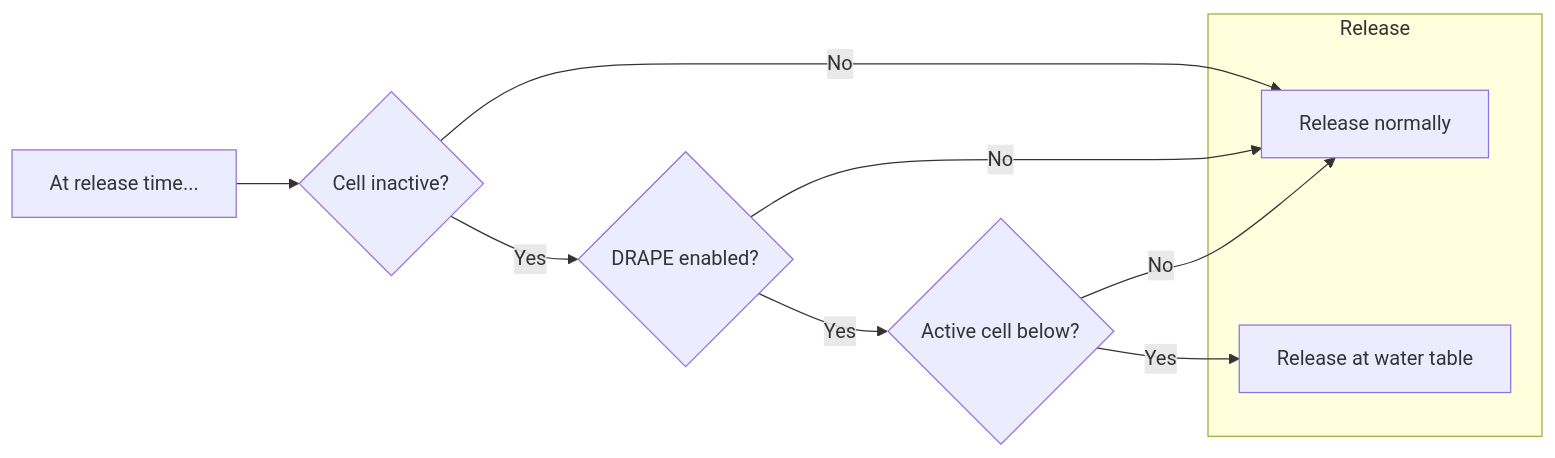
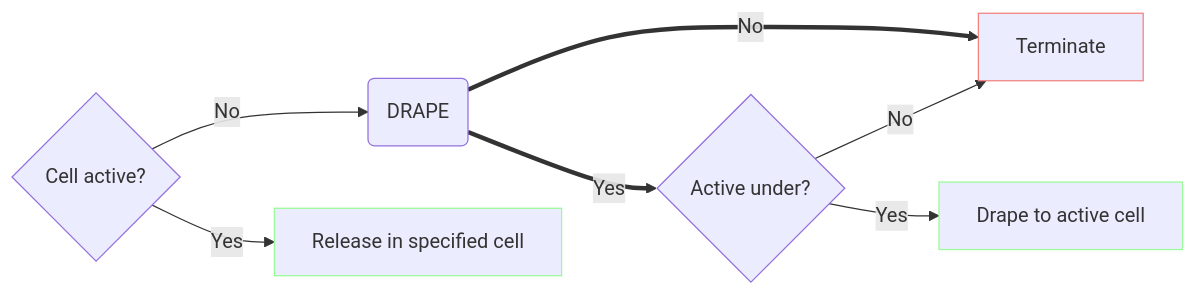
The second of 3 diagrams in src/Solution/ParticleTracker/vertical.md (MODFLOW-USGS/modflow6), drawn with Mermaid before and after one commit. The commit also changed other lines of this file and 15 other files, not shown here.

````diff
--- a/src/Solution/ParticleTracker/vertical.md
+++ b/src/Solution/ParticleTracker/vertical.md
@@ -23,14 +56,12 @@
 ```mermaid
 flowchart LR
-    START[At release time...] --> INACTIVE{Cell inactive?}
-    INACTIVE --> |No| RELEASE[Release normally]
-    INACTIVE --> |Yes| DRAPE{DRAPE enabled?}
-    DRAPE --> |Yes| WETBELOW{Active cell below?}
-    DRAPE --> |No| RELEASE
-    WETBELOW --> |No| RELEASE[Release normally]
-    WETBELOW --> |Yes| RELEASE_AT_TABLE[Release at water table]
-    subgraph Release
-    RELEASE
-    RELEASE_AT_TABLE
-    end
+    ACTIVE --> |No| DRAPE(DRAPE)
+    ACTIVE{Cell active?} --> |Yes| RELEASE[Release in specified cell]:::release
+    DRAPE ==> |No| TERMINATE:::terminate
+    DRAPE ==> |Yes| ACTIVE_UNDER{Active under?}
+    ACTIVE_UNDER --> |Yes| RELEASE_AT_TABLE[Drape to active cell]:::release
+    ACTIVE_UNDER --> |No| TERMINATE[Terminate]
+
+    classDef release stroke:#98fb98
+    classDef terminate stroke:#f08080
 ```
````
